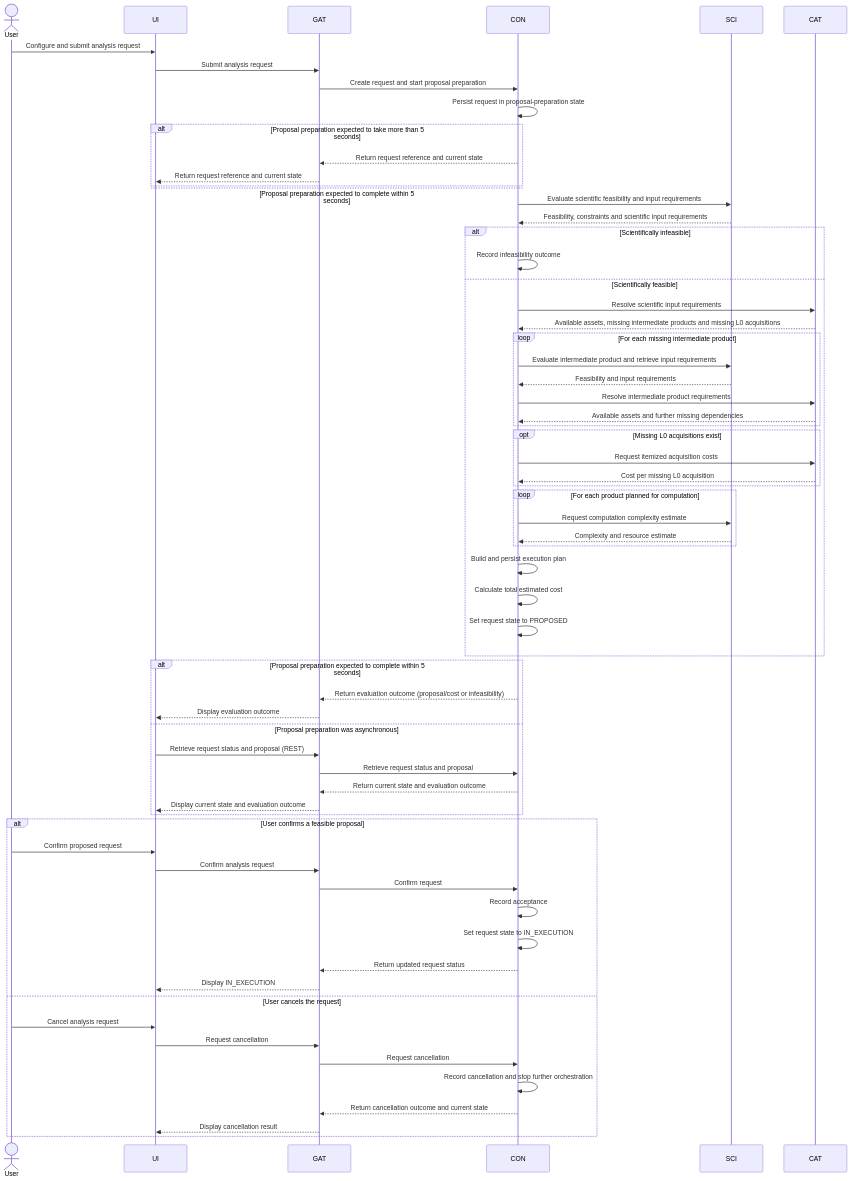
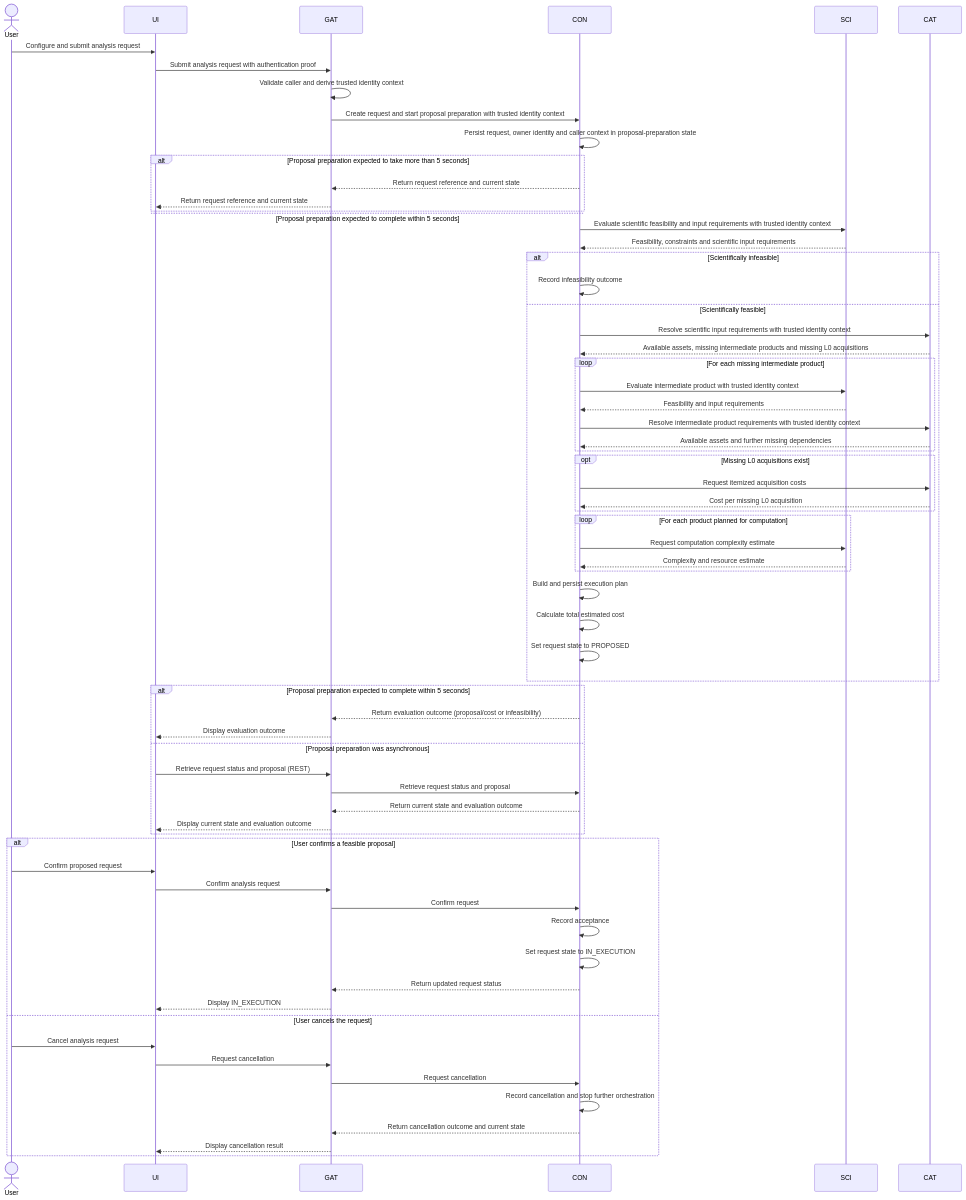
The diagram in documentation/architecture/sequence_diagrams/submit-analysis-request.md (arnaudsomville/MEOGAP), drawn with Mermaid before and after one commit. The commit also changed other lines of this file, not shown here.

Commit message:
docs: integrate ENG-15 identity context in sequences

````diff
--- a/documentation/architecture/sequence_diagrams/submit-analysis-request.md
+++ b/documentation/architecture/sequence_diagrams/submit-analysis-request.md
@@ -15,79 +15,80 @@
 ```mermaid
 sequenceDiagram
     actor User
     participant UI
     participant GAT
     participant CON
     participant SCI
     participant CAT
 
     User->>UI: Configure and submit analysis request
-    UI->>GAT: Submit analysis request
-    GAT->>CON: Create request and start proposal preparation
-    CON->>CON: Persist request in proposal-preparation state
+    UI->>GAT: Submit analysis request with authentication proof
+    GAT->>GAT: Validate caller and derive trusted identity context
+    GAT->>CON: Create request and start proposal preparation with trusted identity context
+    CON->>CON: Persist request, owner identity and caller context in proposal-preparation state
 
     alt Proposal preparation expected to take more than 5 seconds
         CON-->>GAT: Return request reference and current state
         GAT-->>UI: Return request reference and current state
     else Proposal preparation expected to complete within 5 seconds
     end
 
-    CON->>SCI: Evaluate scientific feasibility and input requirements
+    CON->>SCI: Evaluate scientific feasibility and input requirements with trusted identity context
     SCI-->>CON: Feasibility, constraints and scientific input requirements
 
     alt Scientifically infeasible
         CON->>CON: Record infeasibility outcome
     else Scientifically feasible
-        CON->>CAT: Resolve scientific input requirements
+        CON->>CAT: Resolve scientific input requirements with trusted identity context
         CAT-->>CON: Available assets, missing intermediate products and missing L0 acquisitions
 
         loop For each missing intermediate product
-            CON->>SCI: Evaluate intermediate product and retrieve input requirements
+            CON->>SCI: Evaluate intermediate product with trusted identity context
             SCI-->>CON: Feasibility and input requirements
-            CON->>CAT: Resolve intermediate product requirements
+            CON->>CAT: Resolve intermediate product requirements with trusted identity context
             CAT-->>CON: Available assets and further missing dependencies
         end
 
         opt Missing L0 acquisitions exist
             CON->>CAT: Request itemized acquisition costs
             CAT-->>CON: Cost per missing L0 acquisition
         end
 
         loop For each product planned for computation
             CON->>SCI: Request computation complexity estimate
             SCI-->>CON: Complexity and resource estimate
         end
 
         CON->>CON: Build and persist execution plan
         CON->>CON: Calculate total estimated cost
         CON->>CON: Set request state to PROPOSED
     end
 
     alt Proposal preparation expected to complete within 5 seconds
         CON-->>GAT: Return evaluation outcome (proposal/cost or infeasibility)
         GAT-->>UI: Display evaluation outcome
     else Proposal preparation was asynchronous
         UI->>GAT: Retrieve request status and proposal (REST)
         GAT->>CON: Retrieve request status and proposal
         CON-->>GAT: Return current state and evaluation outcome
         GAT-->>UI: Display current state and evaluation outcome
     end
 
     alt User confirms a feasible proposal
         User->>UI: Confirm proposed request
         UI->>GAT: Confirm analysis request
         GAT->>CON: Confirm request
         CON->>CON: Record acceptance
         CON->>CON: Set request state to IN_EXECUTION
         CON-->>GAT: Return updated request status
         GAT-->>UI: Display IN_EXECUTION
     else User cancels the request
         User->>UI: Cancel analysis request
         UI->>GAT: Request cancellation
         GAT->>CON: Request cancellation
         CON->>CON: Record cancellation and stop further orchestration
         CON-->>GAT: Return cancellation outcome and current state
         GAT-->>UI: Display cancellation result
     end
 
 ```
````
